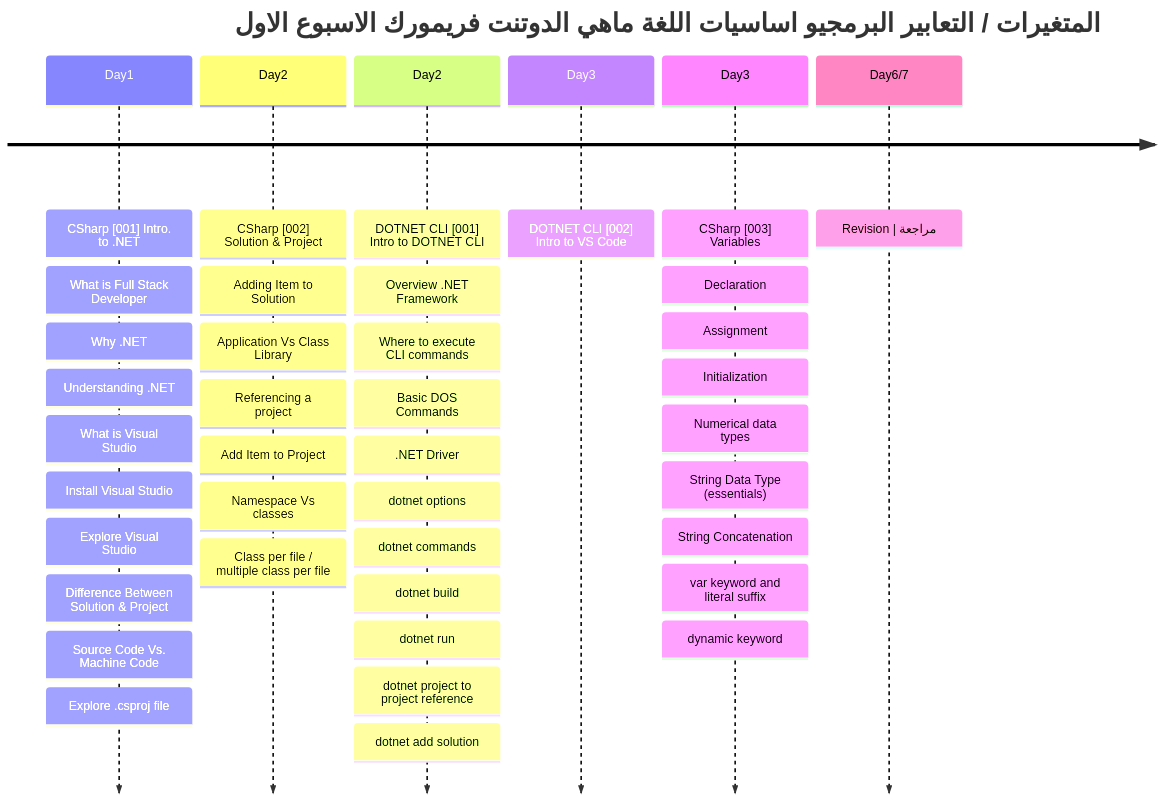
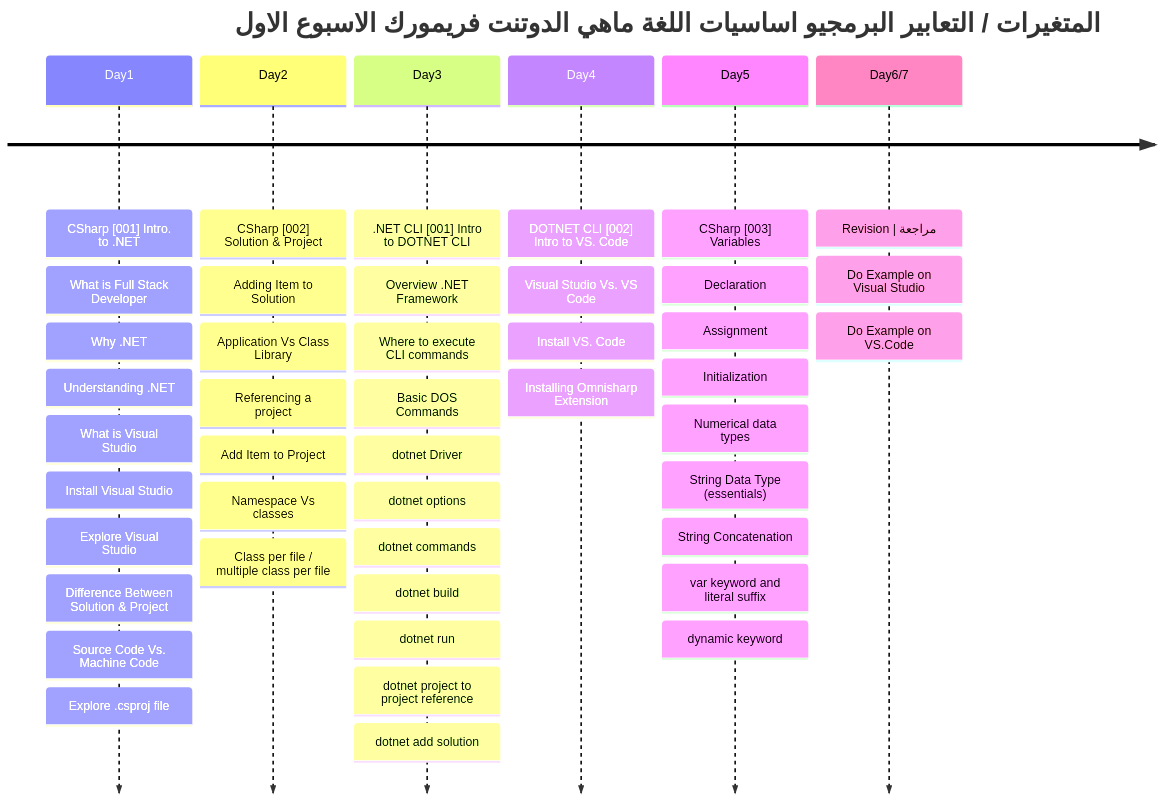
Before and after one commit to metigator/Roadmap: the first of 3 diagrams in README.md, drawn with Mermaid.

````diff
--- a/README.md
+++ b/README.md
@@ -5,43 +5,49 @@
 ```mermaid
 timeline
     title  المتغيرات / التعابير البرمجيو اساسيات اللغة ماهي الدوتنت فريمورك  الاسبوع الاول
     Day1 : CSharp [001] Intro. to .NET
          : What is Full Stack Developer
          : Why .NET
          : Understanding .NET
          : What is Visual Studio
          : Install Visual Studio
          : Explore Visual Studio
          : Difference Between Solution & Project
          : Source Code Vs. Machine Code
          : Explore .csproj file
     Day2 : CSharp [002] Solution & Project
          : Adding Item to Solution
          : Application Vs Class Library
          : Referencing a project
          : Add Item to Project
          : Namespace Vs classes
          : Class per file / multiple class per file 
-    Day2 : DOTNET CLI [001] Intro to DOTNET CLI
+    Day3 : .NET CLI [001] Intro to DOTNET CLI
          : Overview .NET Framework
          : Where to execute CLI commands
          : Basic DOS Commands
-         : .NET Driver
+         : dotnet Driver
          : dotnet options
          : dotnet commands
          : dotnet build
          : dotnet run
          : dotnet project to project reference
          : dotnet add solution
-    Day3 : DOTNET CLI [002] Intro to VS Code
-    Day3 : CSharp [003] Variables 
+    Day4 : DOTNET CLI [002] Intro to VS. Code
+         : Visual Studio Vs. VS Code
+         : Install VS. Code
+         : Installing Omnisharp Extension
+    Day5 : CSharp [003] Variables 
          : Declaration
          : Assignment
          : Initialization
          : Numerical data types
          : String Data Type (essentials)
          : String Concatenation
          : var keyword and literal suffix
          : dynamic keyword
-  Day6/7 : Revision | مراجعة 
+  Day6/7 : Revision | مراجعة
+         : Do Example on Visual Studio
+         : Do Example on VS.Code
+         
 ```
````
